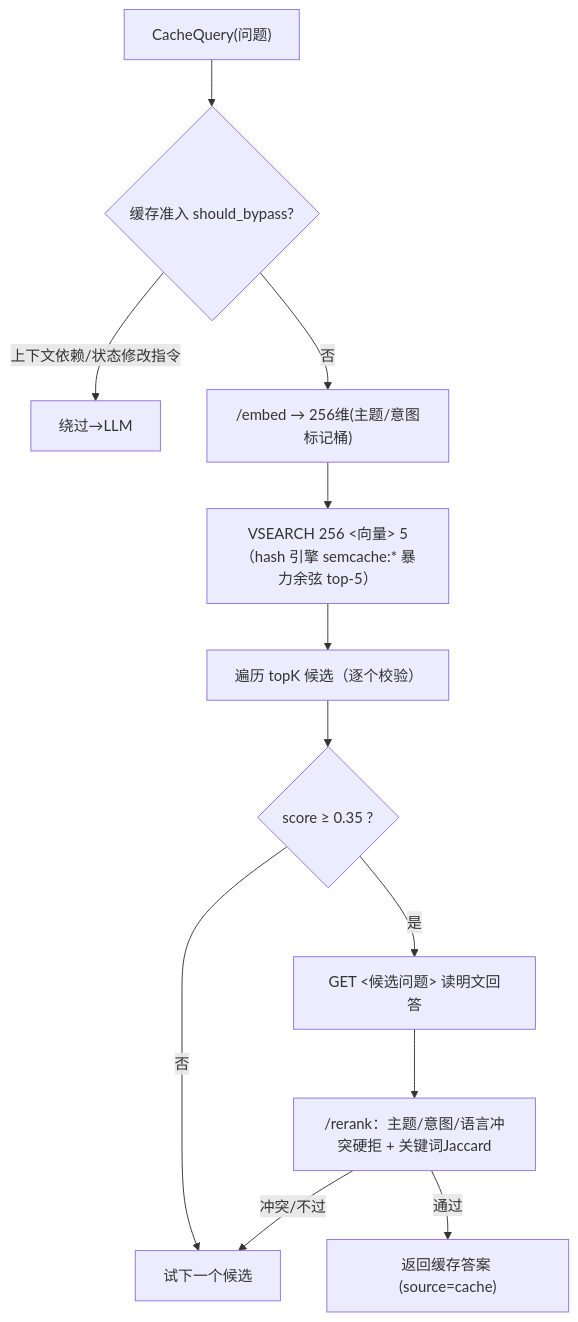
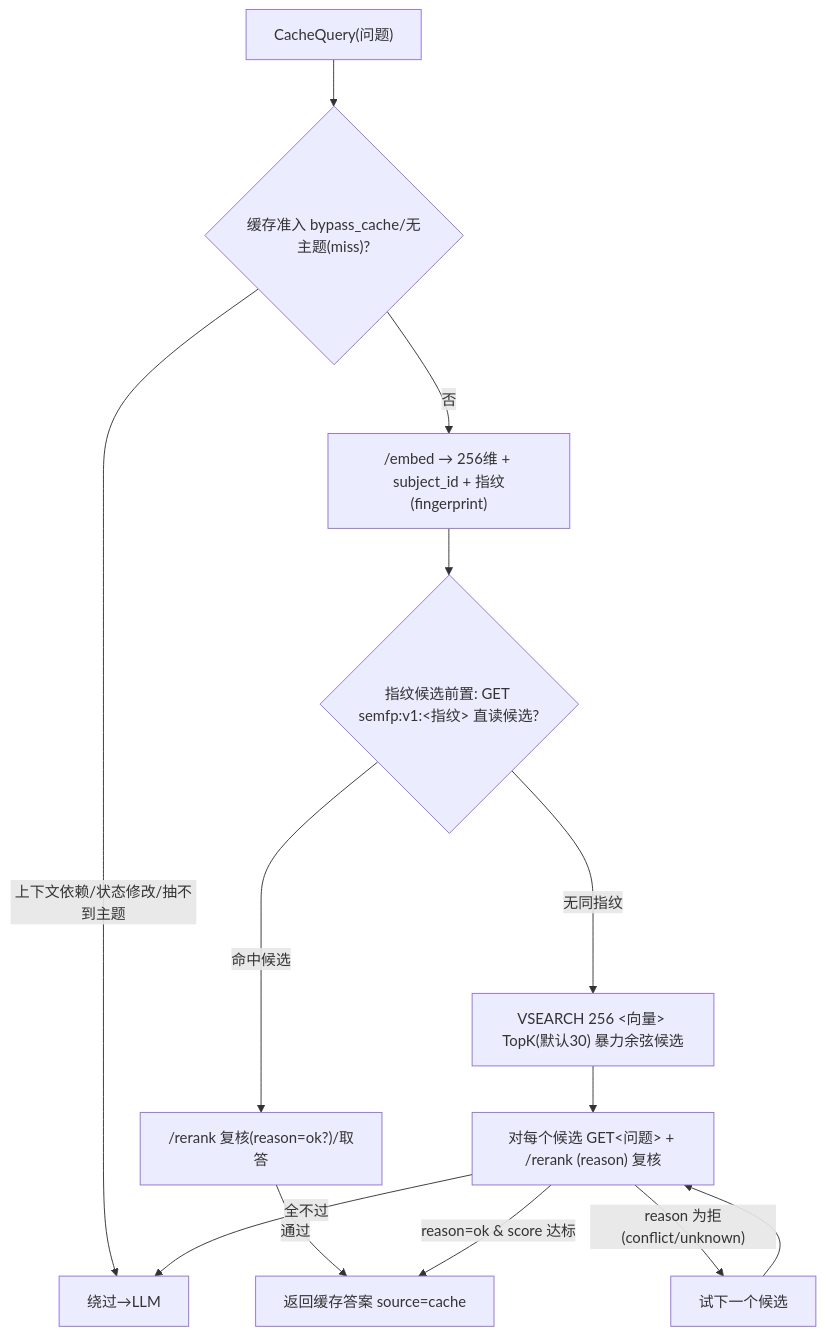
One commit to robotlover-1/ECHO-CHAT changed the third of 3 diagrams in docs/项目文档/04-业务应用.md. Above: the diagram before and after it, drawn with Mermaid. The commit also changed other lines of this file and 1 other file, not shown here.

````diff
--- a/docs/项目文档/04-业务应用.md
+++ b/docs/项目文档/04-业务应用.md
@@ -292,14 +293,15 @@
 ```mermaid
 flowchart TB
-    A["CacheQuery(问题)"] --> B{"缓存准入 should_bypass?"}
-    B -- 上下文依赖/状态修改指令 --> X["绕过→LLM"]
-    B -- 否 --> C["/embed → 256维(主题/意图标记桶)"]
-    C --> D["VSEARCH 256 <向量> 5（hash 引擎 semcache:* 暴力余弦 top-5）"]
-    D --> E["遍历 topK 候选（逐个校验）"]
-    E --> F{"score ≥ 0.35 ?"}
-    F -- 否 --> G["试下一个候选"]
-    F -- 是 --> H["GET <候选问题> 读明文回答"]
-    H --> I["/rerank：主题/意图/语言冲突硬拒 + 关键词Jaccard"]
-    I -- 冲突/不过 --> G
-    I -- 通过 --> J["返回缓存答案 (source=cache)"]
+    A["CacheQuery(问题)"] --> B{"缓存准入 bypass_cache/无主题(miss)?"}
+    B -- 上下文依赖/状态修改/抽不到主题 --> X["绕过→LLM"]
+    B -- 否 --> C["/embed → 256维 + subject_id + 指纹(fingerprint)"]
+    C --> D{"指纹候选前置: GET semfp:v1:<指纹> 直读候选?"}
+    D -- 命中候选 --> E["/rerank 复核(reason=ok?)/取答"]
+    E -- 通过 --> Z["返回缓存答案 source=cache"]
+    D -- 无同指纹 ---> F["VSEARCH 256 <向量> TopK(默认30) 暴力余弦候选"]
+    F --> G["对每个候选 GET<问题> + /rerank <decision>(reason) 复核"]
+    G -- reason 为拒(conflict/unknown) --> H["试下一个候选"]
+    H --> G
+    G -- reason=ok & score 达标 --> Z
+    G -- 全不过 --> X
 ```
````
